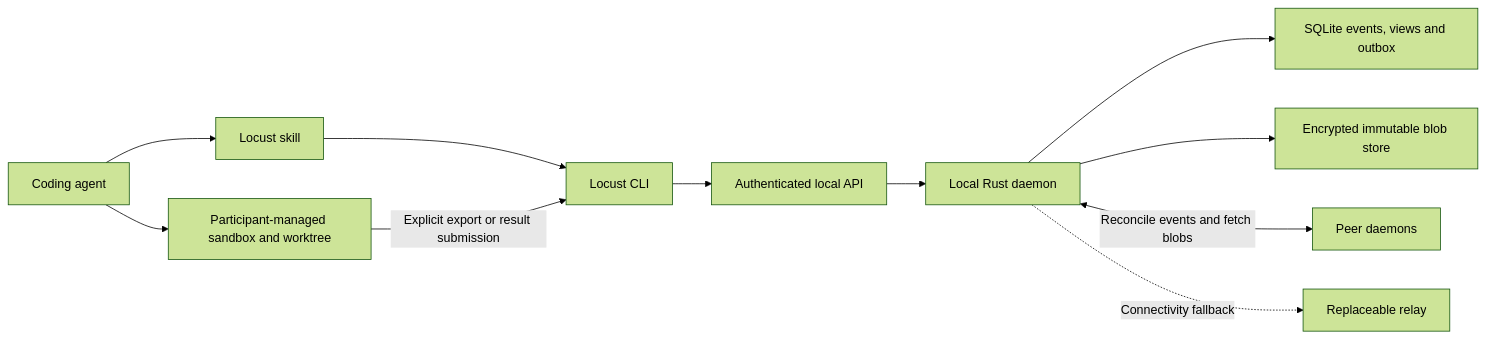
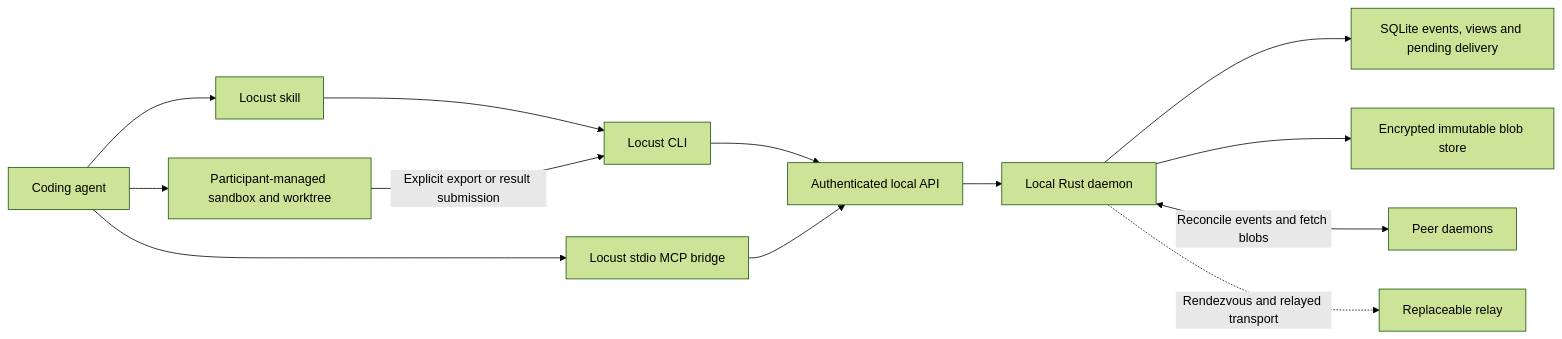
Before and after one commit to andsav/locust.farm: the diagram in docs/implementation-plan.md, drawn with Mermaid (forest theme). The commit also changed other lines of this file and 3 other files, not shown here.

````diff
--- a/docs/implementation-plan.md
+++ b/docs/implementation-plan.md
@@ -60,13 +64,15 @@
 ```mermaid
 flowchart LR
     A[Coding agent] --> S[Locust skill]
     S --> C[Locust CLI]
     C --> API[Authenticated local API]
+    A --> M[Locust stdio MCP bridge]
+    M --> API
     API --> D[Local Rust daemon]
-    D --> DB[SQLite events, views and outbox]
+    D --> DB[SQLite events, views and pending delivery]
     D --> B[Encrypted immutable blob store]
     D <-->|Reconcile events and fetch blobs| P[Peer daemons]
-    D -. Connectivity fallback .-> R[Replaceable relay]
+    D -. Rendezvous and relayed transport .-> R[Replaceable relay]
     A --> W[Participant-managed sandbox and worktree]
     W -->|Explicit export or result submission| C
 ```
````
